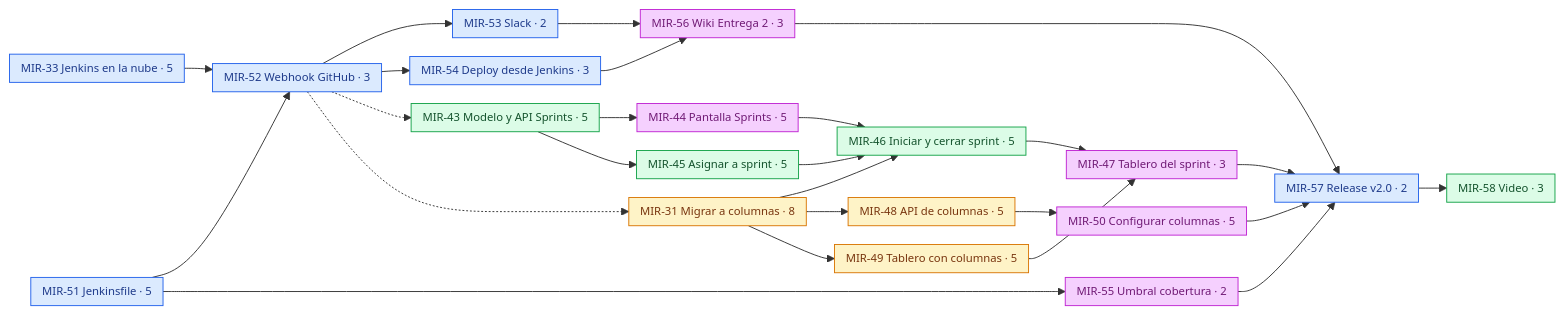
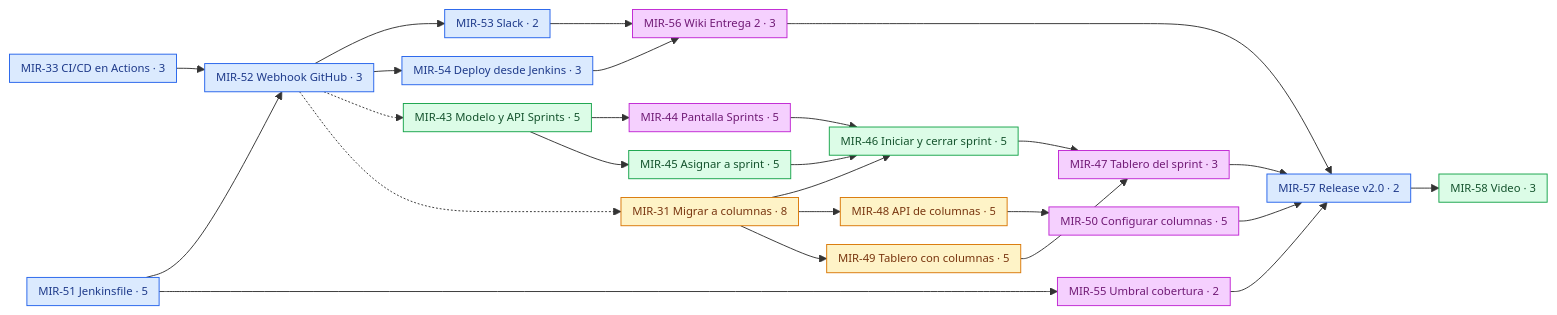
One commit to MiraPdS/mira changed the diagram in docs/plan-trabajo-entrega2.md. Above: the diagram before and after it, drawn with Mermaid. The commit also changed other lines of this file and 3 other files, not shown here.

````diff
--- a/docs/plan-trabajo-entrega2.md
+++ b/docs/plan-trabajo-entrega2.md
@@ -81,60 +81,60 @@
 ```mermaid
 %%{init: {"themeVariables": {"fontSize": "12px"}, "flowchart": {"nodeSpacing": 20, "rankSpacing": 30, "padding": 6}}}%%
 flowchart LR
   classDef benja  fill:#dbeafe,stroke:#2563eb,color:#1e3a8a
   classDef isaias fill:#dcfce7,stroke:#16a34a,color:#14532d
   classDef mauro  fill:#fef3c7,stroke:#d97706,color:#78350f
   classDef diego  fill:#f5d0fe,stroke:#c026d3,color:#701a75
 
-  J10["MIR-33 Jenkins en la nube · 5"]:::benja
+  J10["MIR-33 CI/CD en Actions · 3"]:::benja
   J11["MIR-51 Jenkinsfile · 5"]:::benja
   J12["MIR-52 Webhook GitHub · 3"]:::benja
   J13["MIR-53 Slack · 2"]:::benja
   J14["MIR-54 Deploy desde Jenkins · 3"]:::benja
   R17["MIR-57 Release v2.0 · 2"]:::benja
 
   S01["MIR-43 Modelo y API Sprints · 5"]:::isaias
   S03["MIR-45 Asignar a sprint · 5"]:::isaias
   S04["MIR-46 Iniciar y cerrar sprint · 5"]:::isaias
   V18["MIR-58 Video · 3"]:::isaias
 
   C06["MIR-31 Migrar a columnas · 8"]:::mauro
   C07["MIR-48 API de columnas · 5"]:::mauro
   C08["MIR-49 Tablero con columnas · 5"]:::mauro
 
   S02["MIR-44 Pantalla Sprints · 5"]:::diego
   S05["MIR-47 Tablero del sprint · 3"]:::diego
   C09["MIR-50 Configurar columnas · 5"]:::diego
   Q15["MIR-55 Umbral cobertura · 2"]:::diego
   W16["MIR-56 Wiki Entrega 2 · 3"]:::diego
 
   J10 --> J12
   J11 --> J12
   J11 --> Q15
   J12 --> J13
   J12 --> J14
 
   J12 -.-> S01
   J12 -.-> C06
 
   S01 --> S02
   S01 --> S03
   S03 --> S04
   S02 --> S04
   C06 --> S04
   S04 --> S05
   C08 --> S05
 
   C06 --> C07
   C06 --> C08
   C07 --> C09
 
   J13 --> W16
   J14 --> W16
 
   S05 --> R17
   C09 --> R17
   Q15 --> R17
   W16 --> R17
   R17 --> V18
 ```
````
